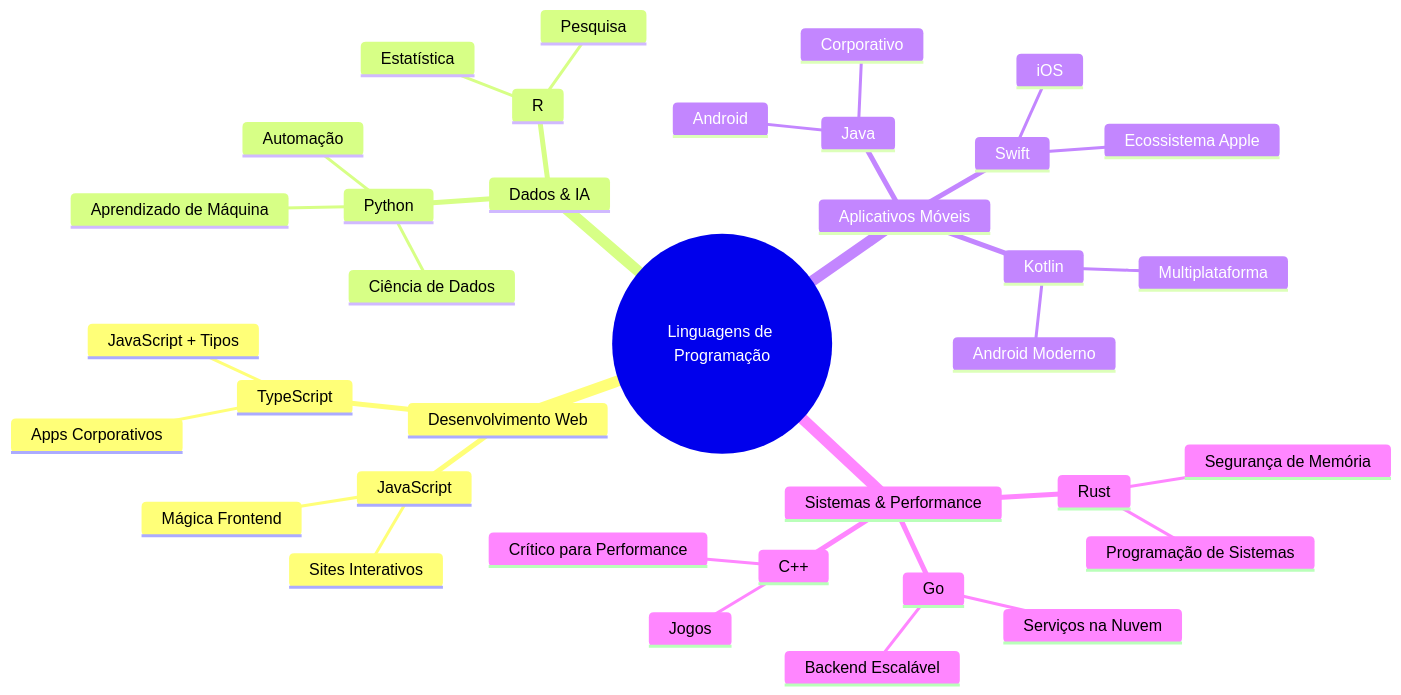
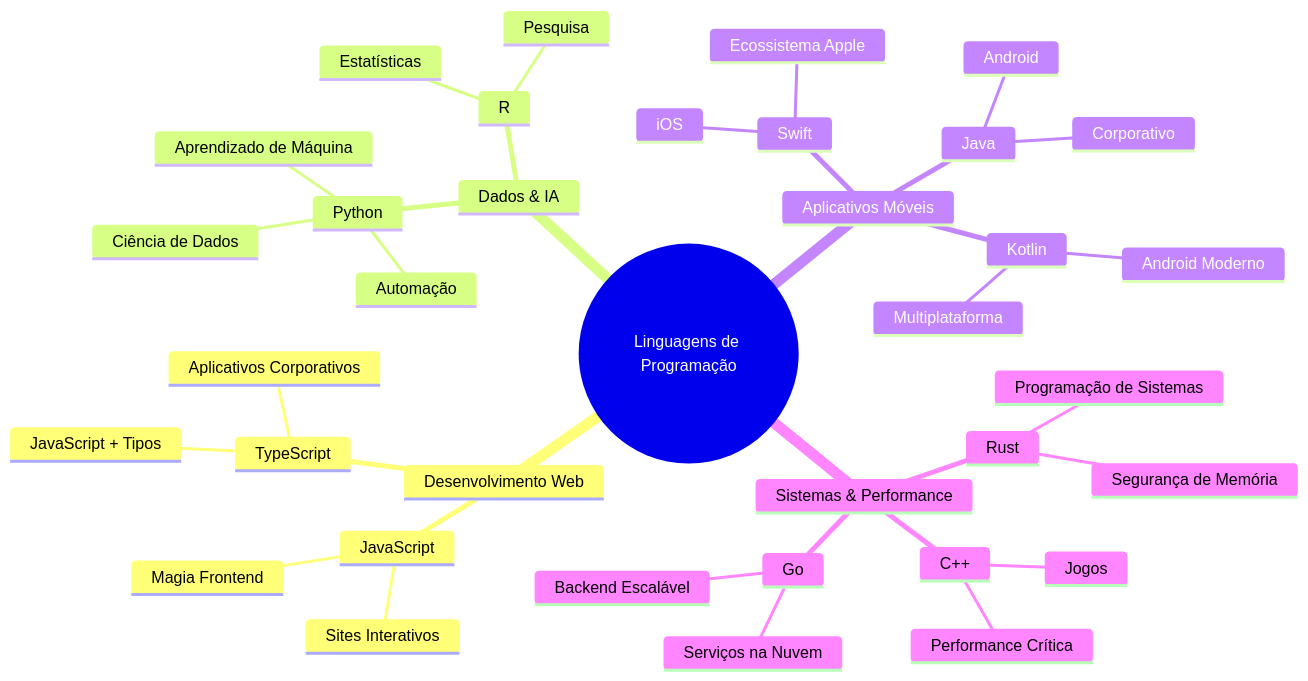
One commit to microsoft/Web-Dev-For-Beginners changed the second of 7 diagrams in translations/pt-BR/1-getting-started-lessons/1-intro-to-programming-languages/README.md. Above: the diagram before and after it, drawn with Mermaid. The commit also changed other lines of this file and 8 other files, not shown here.

````diff
--- a/translations/pt-BR/1-getting-started-lessons/1-intro-to-programming-languages/README.md
+++ b/translations/pt-BR/1-getting-started-lessons/1-intro-to-programming-languages/README.md
@@ -85,39 +85,39 @@
 ```mermaid
 mindmap
   root((Linguagens de Programação))
     Desenvolvimento Web
       JavaScript
-        Mágica Frontend
+        Magia Frontend
         Sites Interativos
       TypeScript
         JavaScript + Tipos
-        Apps Corporativos
+        Aplicativos Corporativos
     Dados & IA
       Python
         Ciência de Dados
         Aprendizado de Máquina
         Automação
       R
-        Estatística
+        Estatísticas
         Pesquisa
     Aplicativos Móveis
       Java
         Android
         Corporativo
       Swift
         iOS
         Ecossistema Apple
       Kotlin
         Android Moderno
         Multiplataforma
     Sistemas & Performance
       C++
         Jogos
-        Crítico para Performance
+        Performance Crítica
       Rust
         Segurança de Memória
         Programação de Sistemas
       Go
         Serviços na Nuvem
         Backend Escalável
 ```
````
